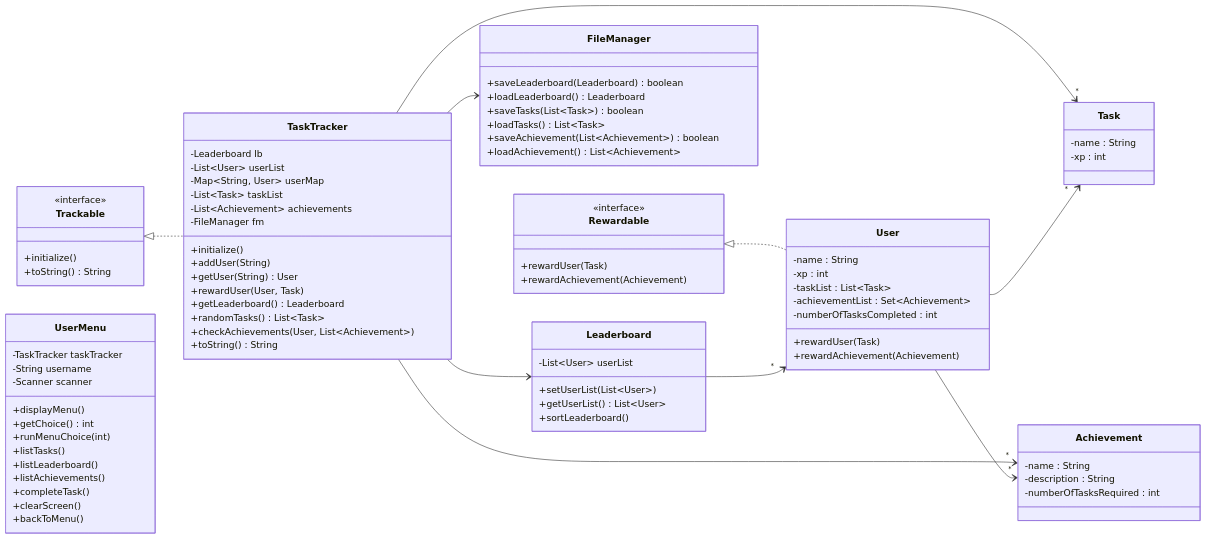
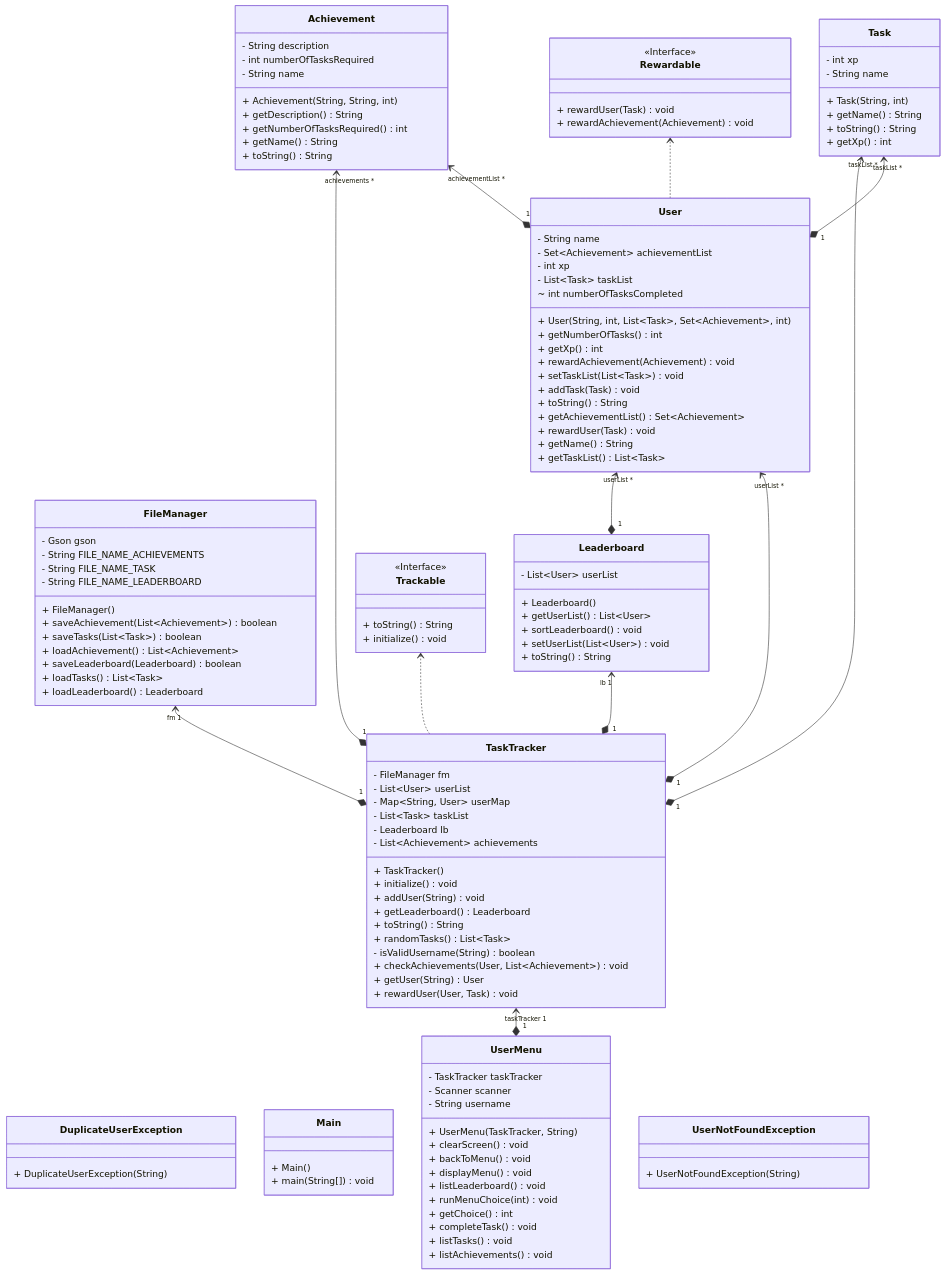
The diagram in README.md (ChircanLaurentiuAndrei/level-up-studying), drawn with Mermaid before and after one commit. The commit also changed 4 other files, not shown here.

Commit message:
diagram corrected

````diff
--- a/README.md
+++ b/README.md
@@ -71,97 +71,127 @@
 ```mermaid
 classDiagram
-    direction LR
+direction BT
+class Achievement {
+  + Achievement(String, String, int) 
+  - String description
+  - int numberOfTasksRequired
+  - String name
+  + getDescription() String
+  + getNumberOfTasksRequired() int
+  + getName() String
+  + toString() String
+}
+class DuplicateUserException {
+  + DuplicateUserException(String) 
+}
+class FileManager {
+  + FileManager() 
+  - Gson gson
+  - String FILE_NAME_ACHIEVEMENTS
+  - String FILE_NAME_TASK
+  - String FILE_NAME_LEADERBOARD
+  + saveAchievement(List~Achievement~) boolean
+  + saveTasks(List~Task~) boolean
+  + loadAchievement() List~Achievement~
+  + saveLeaderboard(Leaderboard) boolean
+  + loadTasks() List~Task~
+  + loadLeaderboard() Leaderboard
+}
+class Leaderboard {
+  + Leaderboard() 
+  - List~User~ userList
+  + getUserList() List~User~
+  + sortLeaderboard() void
+  + setUserList(List~User~) void
+  + toString() String
+}
+class Main {
+  + Main() 
+  + main(String[]) void
+}
+class Rewardable {
+<<Interface>>
+  + rewardUser(Task) void
+  + rewardAchievement(Achievement) void
+}
+class Task {
+  + Task(String, int) 
+  - int xp
+  - String name
+  + getName() String
+  + toString() String
+  + getXp() int
+}
+class TaskTracker {
+  + TaskTracker() 
+  - FileManager fm
+  - List~User~ userList
+  - Map~String, User~ userMap
+  - List~Task~ taskList
+  - Leaderboard lb
+  - List~Achievement~ achievements
+  + initialize() void
+  + addUser(String) void
+  + getLeaderboard() Leaderboard
+  + toString() String
+  + randomTasks() List~Task~
+  - isValidUsername(String) boolean
+  + checkAchievements(User, List~Achievement~) void
+  + getUser(String) User
+  + rewardUser(User, Task) void
+}
+class Trackable {
+<<Interface>>
+  + toString() String
+  + initialize() void
+}
+class User {
+  + User(String, int, List~Task~, Set~Achievement~, int) 
+  - String name
+  - Set~Achievement~ achievementList
+  - int xp
+  - List~Task~ taskList
+  ~ int numberOfTasksCompleted
+  + getNumberOfTasks() int
+  + getXp() int
+  + rewardAchievement(Achievement) void
+  + setTaskList(List~Task~) void
+  + addTask(Task) void
+  + toString() String
+  + getAchievementList() Set~Achievement~
+  + rewardUser(Task) void
+  + getName() String
+  + getTaskList() List~Task~
+}
+class UserMenu {
+  + UserMenu(TaskTracker, String) 
+  - TaskTracker taskTracker
+  - Scanner scanner
+  - String username
+  + clearScreen() void
+  + backToMenu() void
+  + displayMenu() void
+  + listLeaderboard() void
+  + runMenuChoice(int) void
+  + getChoice() int
+  + completeTask() void
+  + listTasks() void
+  + listAchievements() void
+}
+class UserNotFoundException {
+  + UserNotFoundException(String) 
+}
 
-    class Trackable {
-      <<interface>>
-      +initialize()
-      +toString() String
-    }
+Leaderboard "1" *--> "userList *" User 
+TaskTracker "1" *--> "achievements *" Achievement 
+TaskTracker "1" *--> "fm 1" FileManager 
+TaskTracker "1" *--> "lb 1" Leaderboard 
+TaskTracker "1" *--> "taskList *" Task 
+TaskTracker  ..>  Trackable 
+TaskTracker "1" *--> "userList *" User 
+User "1" *--> "achievementList *" Achievement 
+User  ..>  Rewardable 
+User "1" *--> "taskList *" Task 
+UserMenu "1" *--> "taskTracker 1" TaskTracker 
 
-    class Rewardable {
-      <<interface>>
-      +rewardUser(Task)
-      +rewardAchievement(Achievement)
-    }
-
-    class TaskTracker {
-      -Leaderboard lb
-      -List~User~ userList
-      -Map~String, User~ userMap
-      -List~Task~ taskList
-      -List~Achievement~ achievements
-      -FileManager fm
-      +initialize()
-      +addUser(String)
-      +getUser(String) User
-      +rewardUser(User, Task)
-      +getLeaderboard() Leaderboard
-      +randomTasks() List~Task~
-      +checkAchievements(User, List~Achievement~)
-      +toString() String
-    }
-
-    class FileManager {
-      +saveLeaderboard(Leaderboard) boolean
-      +loadLeaderboard() Leaderboard
-      +saveTasks(List~Task~) boolean
-      +loadTasks() List~Task~
-      +saveAchievement(List~Achievement~) boolean
-      +loadAchievement() List~Achievement~
-    }
-
-    class Leaderboard {
-      -List~User~ userList
-      +setUserList(List~User~)
-      +getUserList() List~User~
-      +sortLeaderboard()
-    }
-
-    class User {
-      -name : String
-      -xp : int
-      -taskList : List~Task~
-      -achievementList : Set~Achievement~
-      -numberOfTasksCompleted : int
-      +rewardUser(Task)
-      +rewardAchievement(Achievement)
-    }
-
-    class Task {
-      -name : String
-      -xp : int
-    }
-
-    class Achievement {
-      -name : String
-      -description : String
-      -numberOfTasksRequired : int
-    }
-
-    class UserMenu {
-      -TaskTracker taskTracker
-      -String username
-      -Scanner scanner
-      +displayMenu()
-      +getChoice() int
-      +runMenuChoice(int)
-      +listTasks()
-      +listLeaderboard()
-      +listAchievements()
-      +completeTask()
-      +clearScreen()
-      +backToMenu()
-    }
-
-    Trackable <|.. TaskTracker
-    Rewardable <|.. User
-
-    TaskTracker --> Leaderboard
-    TaskTracker --> FileManager
-    TaskTracker --> "*" Task
-    TaskTracker --> "*" Achievement
-
-    Leaderboard --> "*" User
-    User --> "*" Task
-    User --> "*" Achievement
 ```
````
